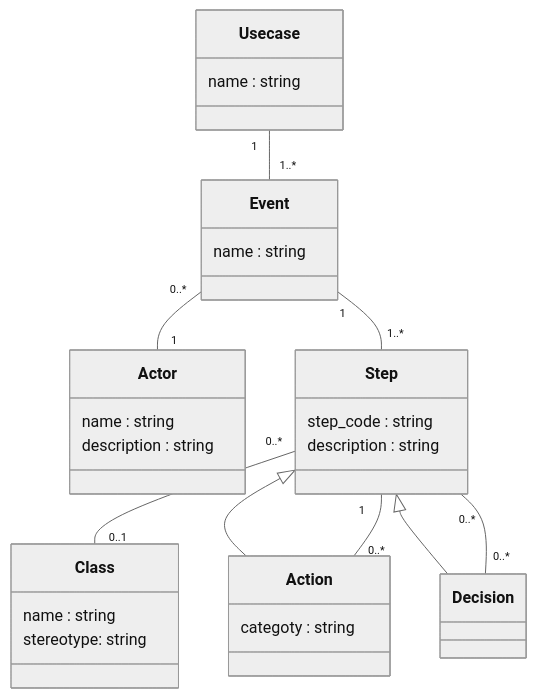
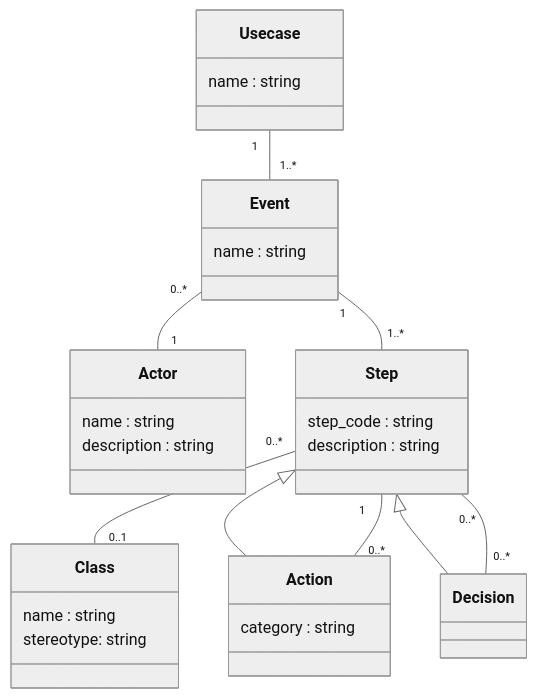
One commit to Nicolas-Botelho/REX changed the third of 4 diagrams in docs/models.md. Above: the diagram before and after it, drawn with Mermaid (neutral theme). The commit also changed other lines of this file, not shown here.

Commit message:
docs: fixing typos in mermaid

````diff
--- a/docs/models.md
+++ b/docs/models.md
@@ -51,45 +51,45 @@
 ```mermaid
 classDiagram
 
 class Usecase {
   name : string
 }
 
 class Event {
   name : string
 }
 
 class Actor {
   name : string
   description : string
 }
 
 class Step {
   step_code : string
   description : string
 }
 
 class Action {
-  categoty : string
+  category : string
 }
 
 class Decision
 
 class Class {
   name : string
   stereotype: string
 }
 
 Usecase "1" -- "1..*" Event
 
 Event "1" -- "1..*" Step
 Event "0..*" -- "1" Actor
 
 Step "0..*" -- "0..1" Class
 
 Action "0..*" -- "1" Step
 Decision "0..*" -- "0..*" Step
 
 Step <|-- Action
 Step <|-- Decision
 ```
````
